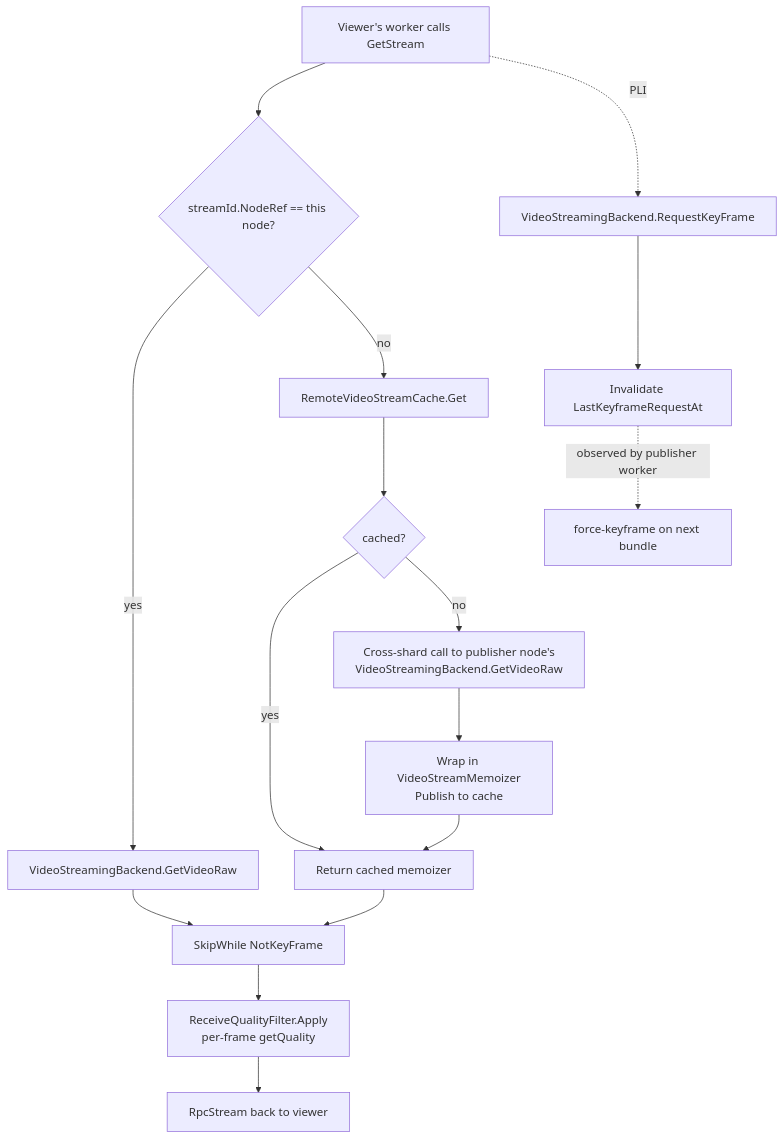
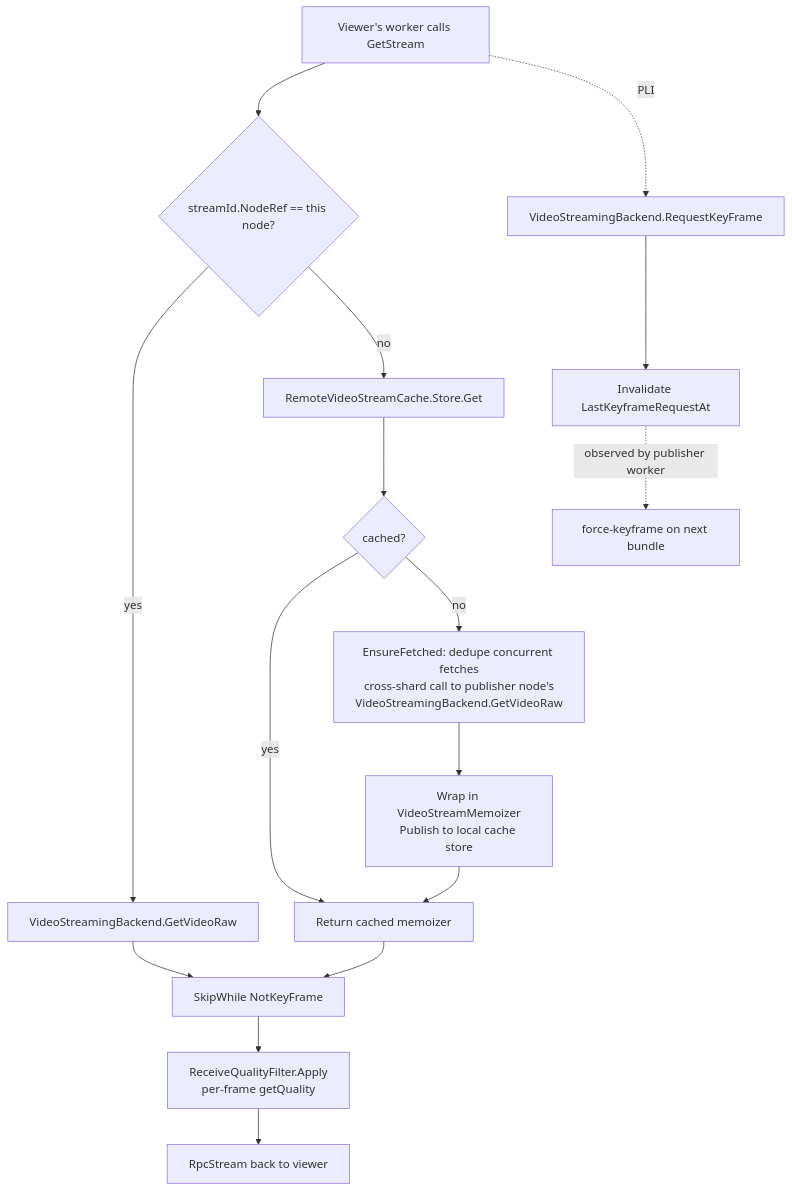
Before and after one commit to Actual-Chat/actual-chat: the diagram in docs/live-video/06-server-fanout.md, drawn with Mermaid. The commit also changed other lines of this file and 11 other files, not shown here.

````diff
--- a/docs/live-video/06-server-fanout.md
+++ b/docs/live-video/06-server-fanout.md
@@ -149,19 +189,19 @@
 ```mermaid
 flowchart TD
     A[Viewer's worker calls GetStream]
     A --> B{streamId.NodeRef == this node?}
     B -- yes --> C[VideoStreamingBackend.GetVideoRaw]
-    B -- no --> D[RemoteVideoStreamCache.Get]
+    B -- no --> D[RemoteVideoStreamCache.Store.Get]
     D --> E{cached?}
     E -- yes --> F[Return cached memoizer]
-    E -- no --> G[Cross-shard call to publisher node's<br/>VideoStreamingBackend.GetVideoRaw]
-    G --> H[Wrap in VideoStreamMemoizer<br/>Publish to cache]
+    E -- no --> G[EnsureFetched: dedupe concurrent fetches<br/>cross-shard call to publisher node's<br/>VideoStreamingBackend.GetVideoRaw]
+    G --> H[Wrap in VideoStreamMemoizer<br/>Publish to local cache store]
     H --> F
     C --> I[SkipWhile NotKeyFrame]
     F --> I
     I --> J[ReceiveQualityFilter.Apply<br/>per-frame getQuality]
     J --> K[RpcStream back to viewer]
     A -.PLI.-> L[VideoStreamingBackend.RequestKeyFrame]
     L --> M[Invalidate LastKeyframeRequestAt]
     M -.observed by publisher worker.-> N[force-keyframe on next bundle]
 ```
````
